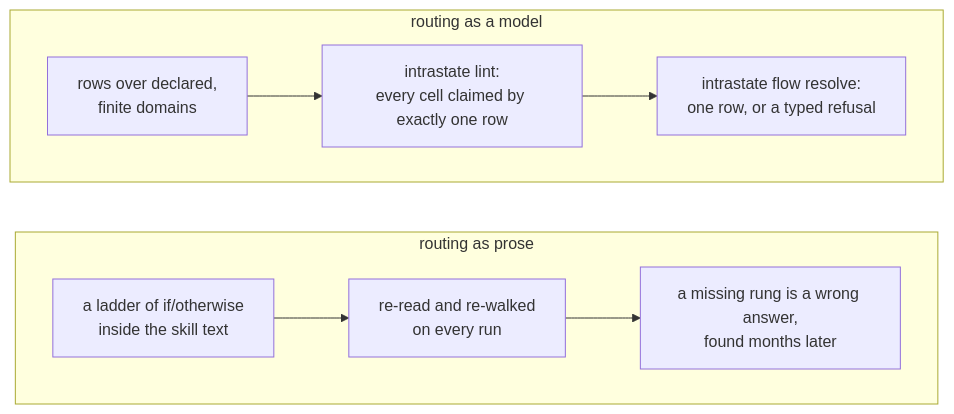
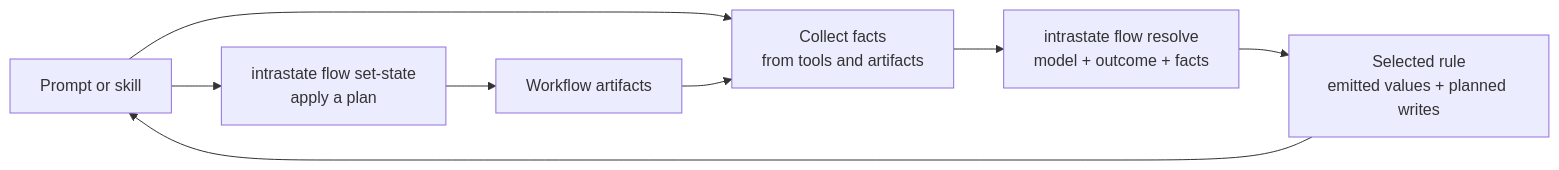
One commit to cwensel/intrastate changed the first of 14 diagrams in docs/examples.md. Above: the diagram before and after it, drawn with Mermaid. The commit also changed other lines of this file and 8 other files, not shown here.

First line of the commit message:
docs: clarify prompt integration and add a Markdown workflow example

````diff
--- a/docs/examples.md
+++ b/docs/examples.md
@@ -44,17 +35,10 @@
 ```mermaid
 flowchart LR
-    subgraph prose["routing as prose"]
-        direction LR
-        P1["a ladder of if/otherwise<br/>inside the skill text"]
-        P2["re-read and re-walked<br/>on every run"]
-        P3["a missing rung is a wrong answer,<br/>found months later"]
-        P1 --> P2 --> P3
-    end
-    subgraph model["routing as a model"]
-        direction LR
-        T1["rows over declared,<br/>finite domains"]
-        T2["intrastate lint:<br/>every cell claimed by exactly one row"]
-        T3["intrastate flow resolve:<br/>one row, or a typed refusal"]
-        T1 --> T2 --> T3
-    end
+    P["Prompt or skill"] --> F["Collect facts<br/>from tools and artifacts"]
+    F --> I["intrastate flow resolve<br/>model + outcome + facts"]
+    I --> R["Selected rule<br/>emitted values + planned writes"]
+    R --> P
+    P --> W["intrastate flow set-state<br/>apply a plan"]
+    W --> A["Workflow artifacts"]
+    A --> F
 ```
````
